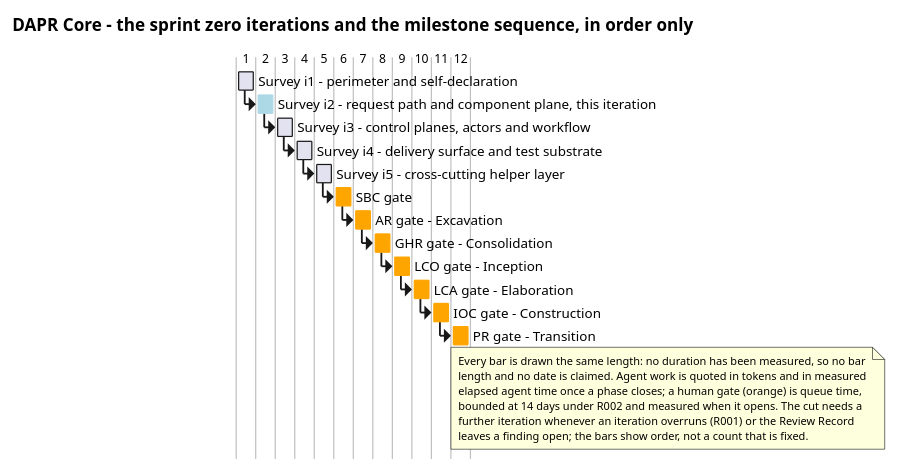
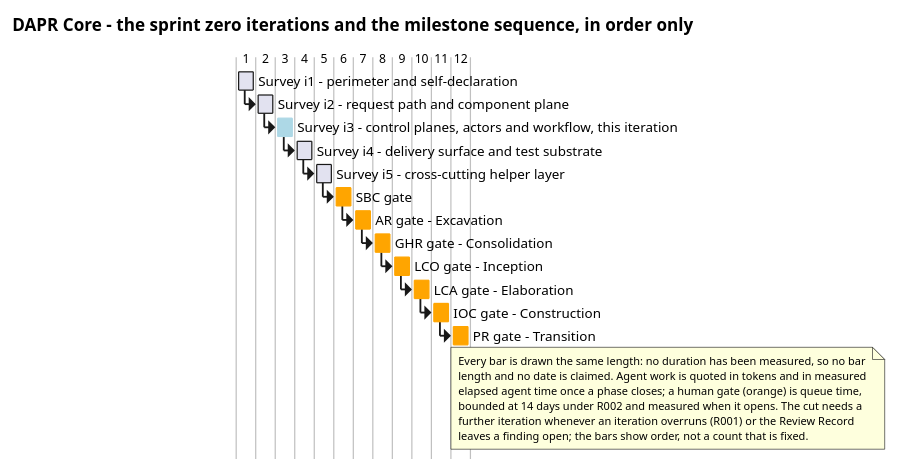
The first of 2 diagrams in docs/artifacts/project-management/iteration-plan.md (banense-test/dapr), drawn with PlantUML before and after one commit. The commit also changed other lines of this file, not shown here.

First line of the commit message:
Project Manager [Survey3]: upsert Iteration Plan

````diff
--- a/docs/artifacts/project-management/iteration-plan.md
+++ b/docs/artifacts/project-management/iteration-plan.md
@@ -40,37 +40,37 @@
 ```plantuml
 @startgantt
 title DAPR Core - the sprint zero iterations and the milestone sequence, in order only
 hide footbox
 
 [Survey i1 - perimeter and self-declaration] lasts 1 day
-[Survey i2 - request path and component plane, this iteration] starts at [Survey i1 - perimeter and self-declaration]'s end
-[Survey i3 - control planes, actors and workflow] starts at [Survey i2 - request path and component plane, this iteration]'s end
-[Survey i4 - delivery surface and test substrate] starts at [Survey i3 - control planes, actors and workflow]'s end
+[Survey i2 - request path and component plane] starts at [Survey i1 - perimeter and self-declaration]'s end
+[Survey i3 - control planes, actors and workflow, this iteration] starts at [Survey i2 - request path and component plane]'s end
+[Survey i4 - delivery surface and test substrate] starts at [Survey i3 - control planes, actors and workflow, this iteration]'s end
 [Survey i5 - cross-cutting helper layer] starts at [Survey i4 - delivery surface and test substrate]'s end
 [SBC gate] starts at [Survey i5 - cross-cutting helper layer]'s end
 [AR gate - Excavation] starts at [SBC gate]'s end
 [GHR gate - Consolidation] starts at [AR gate - Excavation]'s end
 [LCO gate - Inception] starts at [GHR gate - Consolidation]'s end
 [LCA gate - Elaboration] starts at [LCO gate - Inception]'s end
 [IOC gate - Construction] starts at [LCA gate - Elaboration]'s end
 [PR gate - Transition] starts at [IOC gate - Construction]'s end
 
-[Survey i2 - request path and component plane, this iteration] is colored in LightBlue
+[Survey i3 - control planes, actors and workflow, this iteration] is colored in LightBlue
 [SBC gate] is colored in Orange
 [AR gate - Excavation] is colored in Orange
 [GHR gate - Consolidation] is colored in Orange
 [LCO gate - Inception] is colored in Orange
 [LCA gate - Elaboration] is colored in Orange
 [IOC gate - Construction] is colored in Orange
 [PR gate - Transition] is colored in Orange
 
 note bottom
   Every bar is drawn the same length: no duration has been measured, so no bar
   length and no date is claimed. Agent work is quoted in tokens and in measured
   elapsed agent time once a phase closes; a human gate (orange) is queue time,
   bounded at 14 days under R002 and measured when it opens. The cut needs a
   further iteration whenever an iteration overruns (R001) or the Review Record
   leaves a finding open; the bars show order, not a count that is fixed.
 end note
 @endgantt
 ```
````
